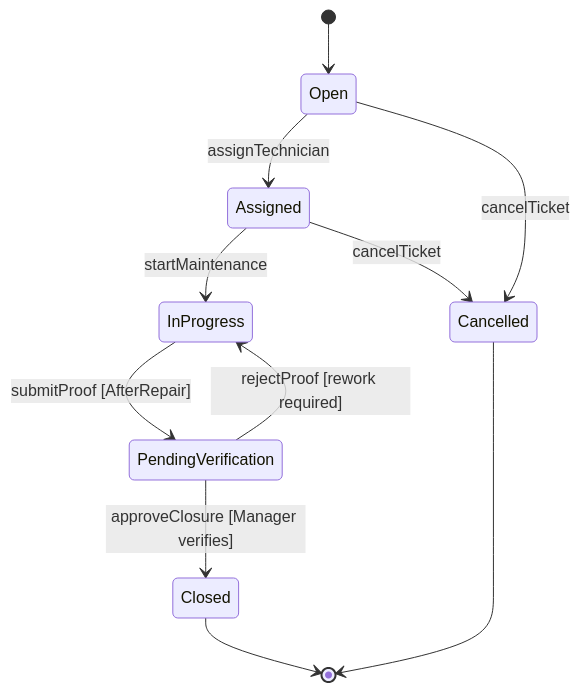
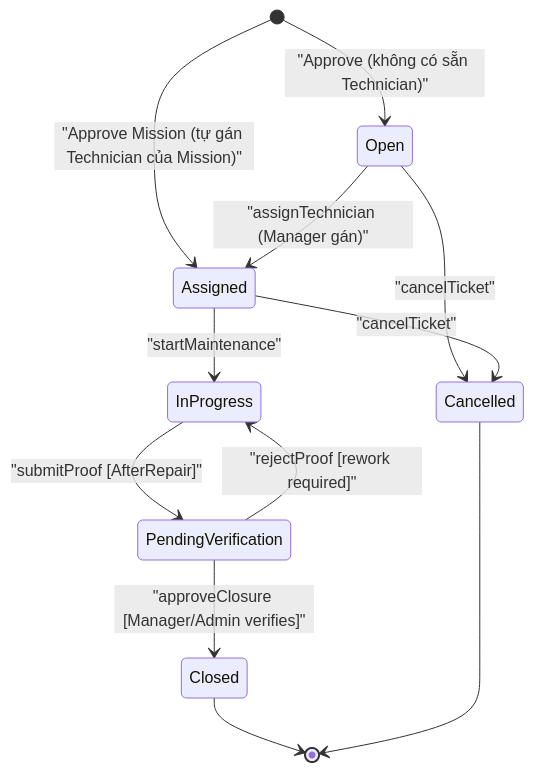
One commit to Eau-Claire/UavPms_Org changed the third of 3 diagrams in docs/MASTER_SYSTEM_SPEC.md. Above: the diagram before and after it, drawn with Mermaid. The commit also changed other lines of this file and 25 other files, not shown here.

````diff
--- a/docs/MASTER_SYSTEM_SPEC.md
+++ b/docs/MASTER_SYSTEM_SPEC.md
@@ -240,13 +309,14 @@
-  ```mermaid
-  stateDiagram-v2
-      [*] --> Open
-      Open --> Assigned: assignTechnician
-      Open --> Cancelled: cancelTicket
-      Assigned --> InProgress: startMaintenance
-      Assigned --> Cancelled: cancelTicket
-      InProgress --> PendingVerification: submitProof [AfterRepair]
-      PendingVerification --> InProgress: rejectProof [rework required]
-      PendingVerification --> Closed: approveClosure [Manager verifies]
-      Closed --> [*]
-      Cancelled --> [*]
-  ```
+```mermaid
+stateDiagram-v2
+    [*] --> Open: "Approve (không có sẵn Technician)"
+    [*] --> Assigned: "Approve Mission (tự gán Technician của Mission)"
+    Open --> Assigned: "assignTechnician (Manager gán)"
+    Open --> Cancelled: "cancelTicket"
+    Assigned --> InProgress: "startMaintenance"
+    Assigned --> Cancelled: "cancelTicket"
+    InProgress --> PendingVerification: "submitProof [AfterRepair]"
+    PendingVerification --> InProgress: "rejectProof [rework required]"
+    PendingVerification --> Closed: "approveClosure [Manager/Admin verifies]"
+    Closed --> [*]
+    Cancelled --> [*]
+```
````
